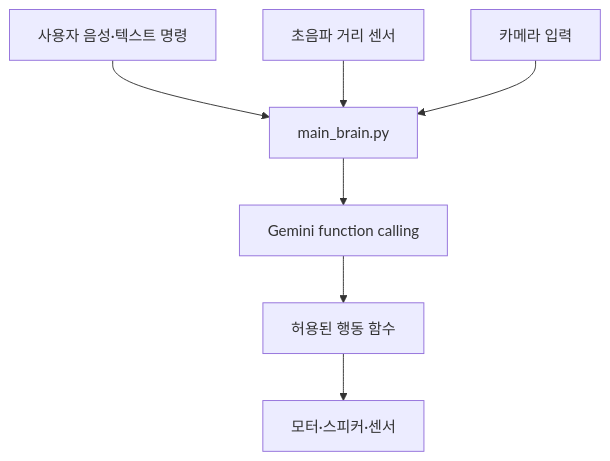
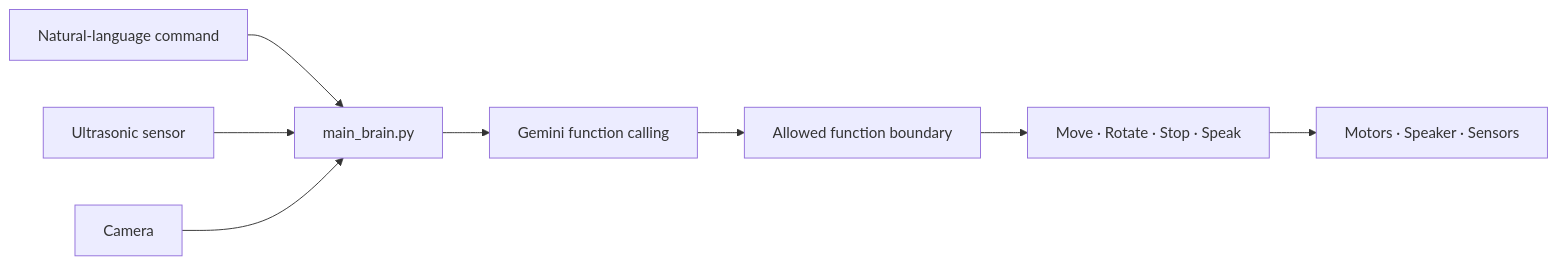
Before and after one commit to cora1022/2026ESWContest_free_ABOUTCREATE: the diagram in README.md, drawn with Mermaid. The commit also changed other lines of this file, not shown here.

````diff
--- a/README.md
+++ b/README.md
@@ -38,17 +21,10 @@
 ```mermaid
-flowchart TD
-    User["사용자 음성·텍스트 명령"]
-    Distance["초음파 거리 센서"]
-    Camera["카메라 입력"]
-    Brain["main_brain.py"]
-    Gemini["Gemini function calling"]
-    Actions["허용된 행동 함수"]
-    Hardware["모터·스피커·센서"]
-
-    User --> Brain
-    Distance --> Brain
-    Camera --> Brain
-    Brain --> Gemini
-    Gemini --> Actions
-    Actions --> Hardware
+flowchart LR
+    User["Natural-language command"] --> Brain["main_brain.py"]
+    Distance["Ultrasonic sensor"] --> Brain
+    Camera["Camera"] --> Brain
+    Brain --> Gemini["Gemini function calling"]
+    Gemini --> Guard["Allowed function boundary"]
+    Guard --> Actions["Move · Rotate · Stop · Speak"]
+    Actions --> Hardware["Motors · Speaker · Sensors"]
 ```
````
